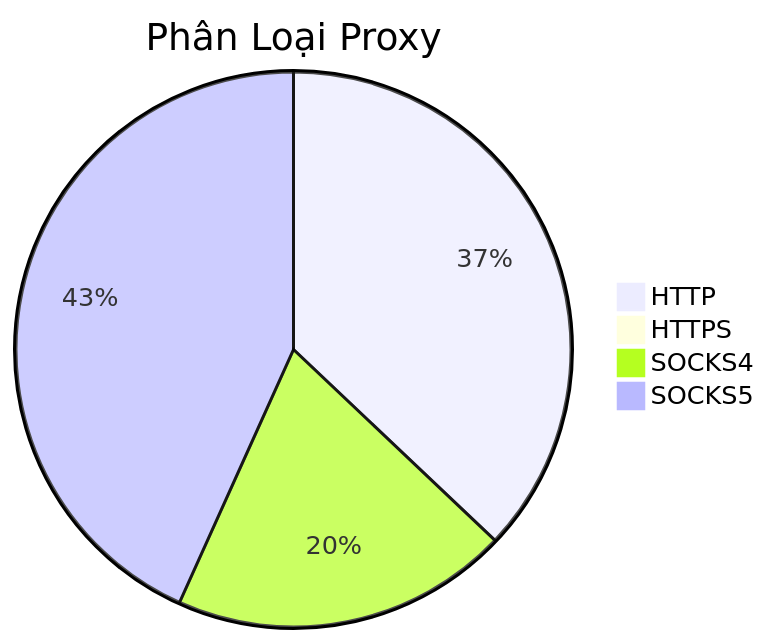
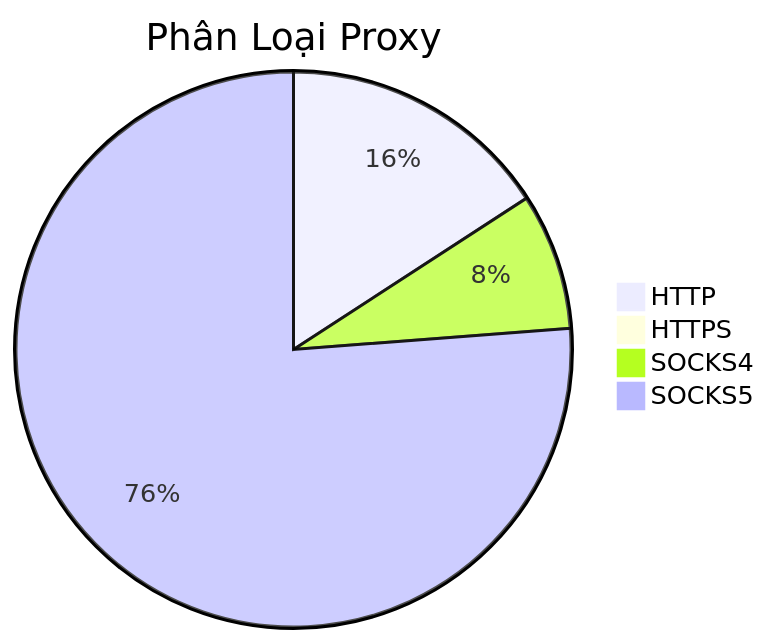
The diagram in README.md (Ciara-12/PROXY-free), drawn with Mermaid before and after one commit. The commit also changed other lines of this file and 4 other files, not shown here.

````diff
--- a/README.md
+++ b/README.md
@@ -26,7 +26,7 @@
 ```mermaid
 pie title Phân Loại Proxy
-    "HTTP" : 748
-    "HTTPS" : 5
-    "SOCKS4" : 397
-    "SOCKS5" : 873
+    "HTTP" : 755
+    "HTTPS" : 4
+    "SOCKS4" : 379
+    "SOCKS5" : 3634
 ```
````
